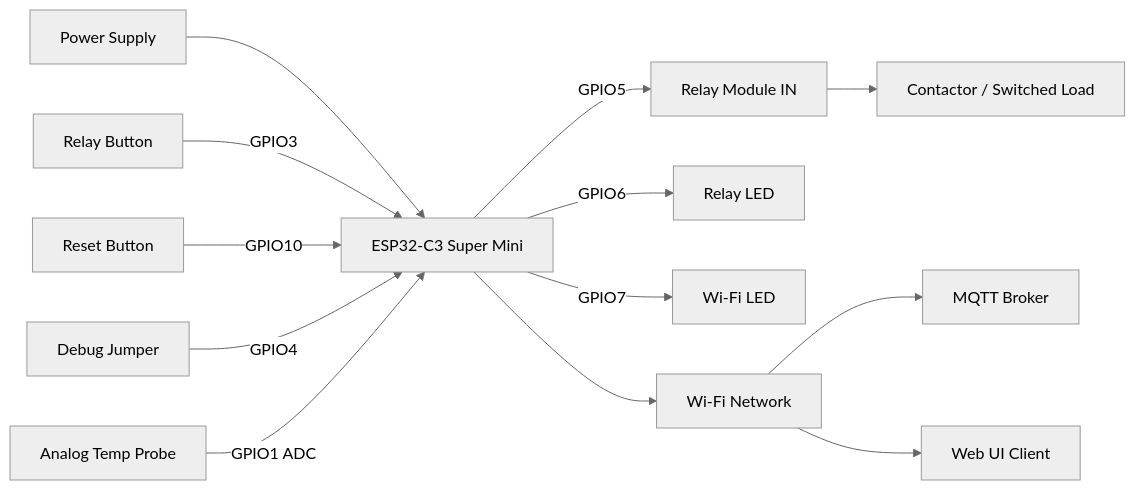
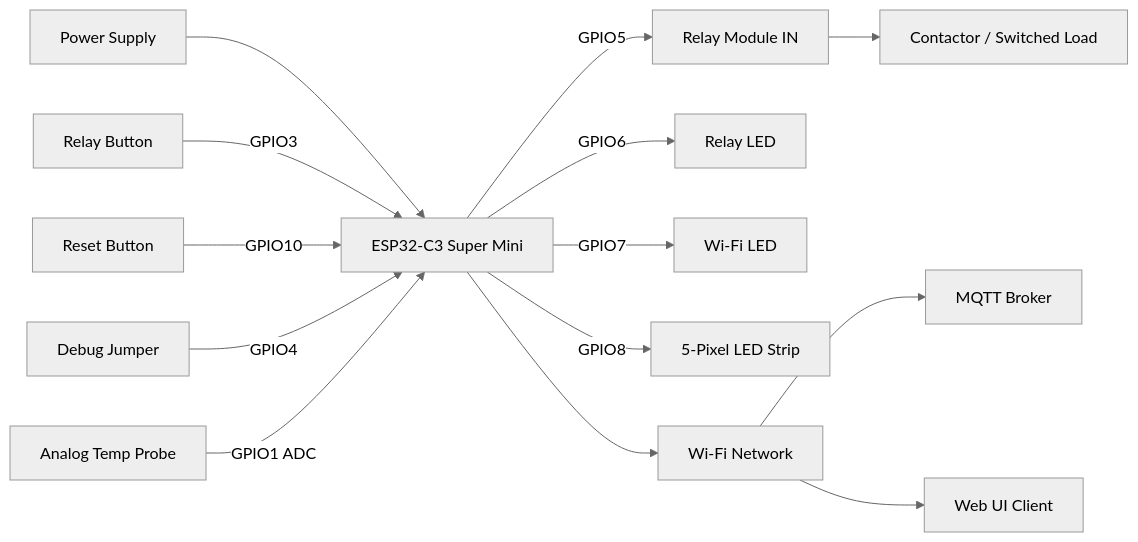
One commit to keithjasper83/ESPRelays changed the diagram in docs/WIRING.md. Above: the diagram before and after it, drawn with Mermaid (neutral theme). The commit also changed other lines of this file and 10 other files, not shown here.

First line of the commit message:
Add WS2812 LED strip control and status

````diff
--- a/docs/WIRING.md
+++ b/docs/WIRING.md
@@ -35,20 +37,21 @@
 ```mermaid
 flowchart LR
     PSU[Power Supply] --> ESP[ESP32-C3 Super Mini]
 
     ESP -->|GPIO5| RELAY[Relay Module IN]
     RELAY --> LOAD[Contactor / Switched Load]
 
     ESP -->|GPIO6| LEDR[Relay LED]
     ESP -->|GPIO7| LEDW[Wi-Fi LED]
+    ESP -->|GPIO8| LEDSTRIP[5-Pixel LED Strip]
 
     BTN1[Relay Button] -->|GPIO3| ESP
     BTN2[Reset Button] -->|GPIO10| ESP
     JDBG[Debug Jumper] -->|GPIO4| ESP
 
     PROBE[Analog Temp Probe] -->|GPIO1 ADC| ESP
 
     ESP --> WIFI[Wi-Fi Network]
     WIFI --> MQTT[MQTT Broker]
     WIFI --> WEB[Web UI Client]
 ```
````
